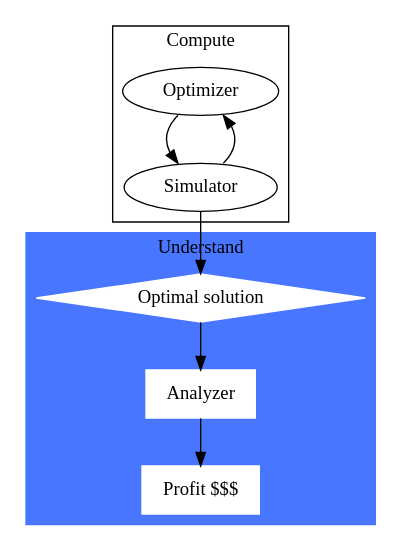
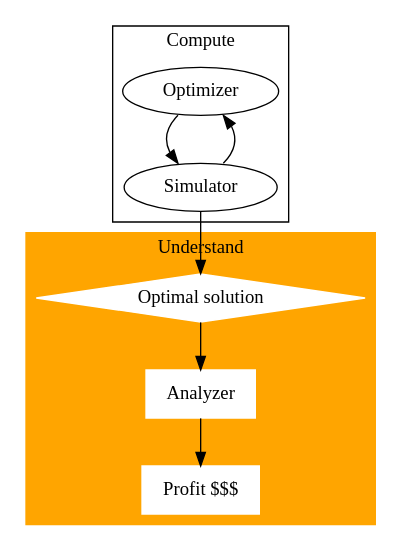
One commit to tp5uiuc/soft_systems_course changed the first of 2 diagrams in lectures/01_intro/01_intro.org. Above: the diagram before and after it, drawn with Graphviz. The commit also changed other lines of this file and 1 other file, not shown here.

Commit message:
fix : colors in dotviz graphs

```diff
--- a/lectures/01_intro/01_intro.org
+++ b/lectures/01_intro/01_intro.org
@@ -25,35 +25,35 @@
   #+BEGIN_SRC dot :file images/inverse_design.pdf :exports results
 	digraph G{
 
 	graph [fontname = "Fira Sans"];
 	node [fontname =  "Fira Sans"];
 	edge [fontname =  "Fira Sans"];
 
 	// rankdir=LR
 
 	splines=true;
 	forcelabels=true;
 
 	subgraph cluster_0{
 	// style=filled;
 	node [shape=ellipse];
 	opt [label=" Optimizer "];
 	sim [label=" Simulator "];
 	opt:sw -> sim:nw [dir=forward]
 	sim:ne -> opt:se [dir=backward]
 	label="Compute"
 	}
 	subgraph cluster_1 {
 		style=filled;
-		color=royalblue1;
+		color=orange1;
 		// graph [truecolor bgcolor=royalblue1]
 		node [shape=rectangle, style=filled, color=white];
 		a2 [shape=diamond, label=" Optimal solution "];
 		a4 [label=" Analyzer "];
 		a5 [label=" Profit $$$ "];
 		sim -> a2 -> a4 -> a5;
 		// {rank = same; a1; a3;}
 	  label = "Understand";
 	}
 	}
   #+END_SRC
```
